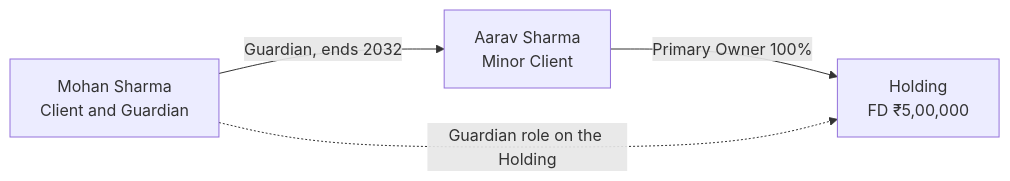
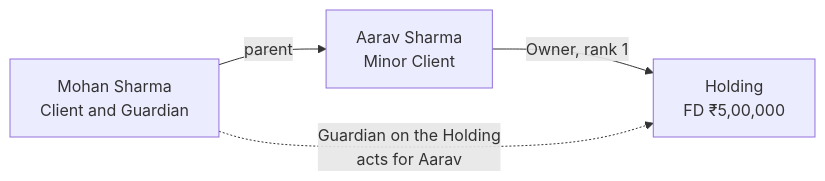
The diagram in docs/05-examples/minor-and-guardian.md (knapsfs/dhanada), drawn with Mermaid before and after one commit. The commit also changed other lines of this file and 35 other files, not shown here.

````diff
--- a/docs/05-examples/minor-and-guardian.md
+++ b/docs/05-examples/minor-and-guardian.md
@@ -40,10 +43,10 @@
 ```mermaid
 flowchart LR
     M["Mohan Sharma<br/>Client and Guardian"]
     A["Aarav Sharma<br/>Minor Client"]
     H["Holding<br/>FD ₹5,00,000"]
 
-    M -->|Guardian, ends 2032| A
-    A -->|Primary Owner 100%| H
-    M -.->|Guardian role on the Holding| H
+    M -->|parent| A
+    A -->|Owner, rank 1| H
+    M -.->|Guardian on the Holding<br/>acts for Aarav| H
 ```
````
